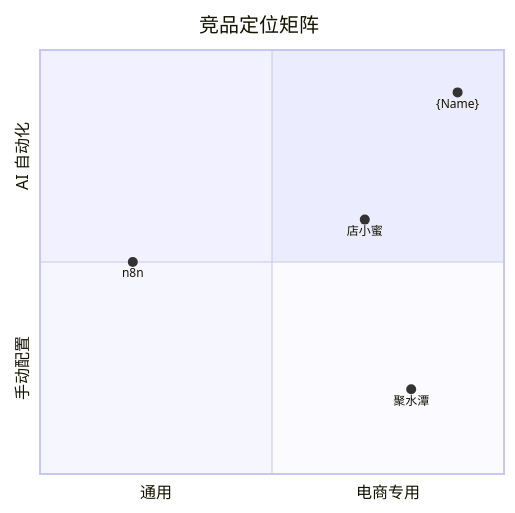
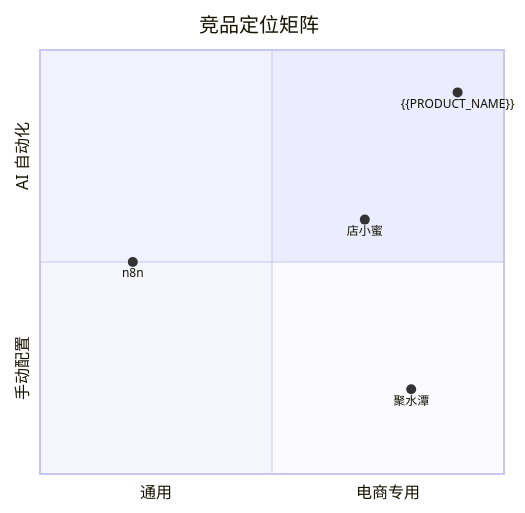
Before and after one commit to full-stack-skills/document-skills: the first of 2 diagrams in skills/full-stack-doc/templates/root/3、市场与商业分析.md, drawn with Mermaid. The commit also changed other lines of this file and 59 other files, not shown here.

````diff
--- a/skills/full-stack-doc/templates/root/3、市场与商业分析.md
+++ b/skills/full-stack-doc/templates/root/3、市场与商业分析.md
@@ -89,10 +92,10 @@
 ```mermaid
 quadrantChart
     title 竞品定位矩阵
     x-axis "通用" --> "电商专用"
     y-axis "手动配置" --> "AI 自动化"
     "聚水潭": [0.8, 0.2]
     "n8n": [0.2, 0.5]
     "店小蜜": [0.7, 0.6]
-    "{Name}": [0.9, 0.9]
+    "{{PRODUCT_NAME}}": [0.9, 0.9]
 ```
````
